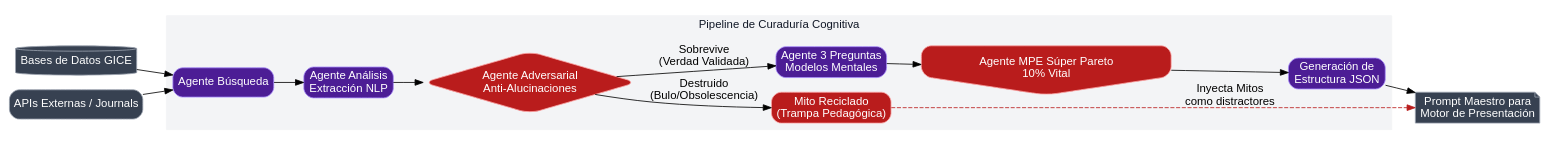
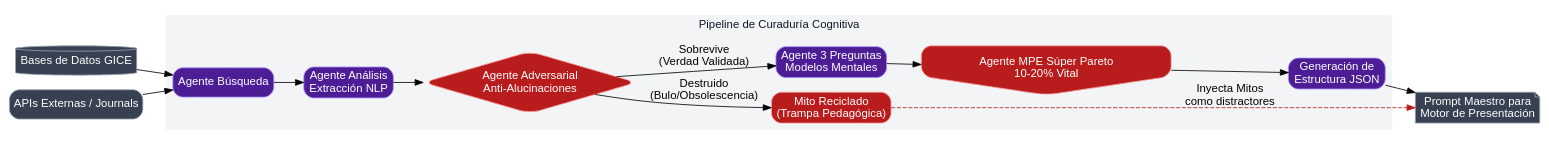
Before and after one commit to Adarocham/Cerebro-MPE-SSoT: the third of 4 diagrams in Vistas_Arquitectura_Desarrollo_MPE.md, drawn with Graphviz. The commit also changed 5 other files, not shown here.

Commit message:
Ajuste en proporciones del Súper Pareto (10-20% y 80-90%) en toda la arquitectura

````diff
--- a/Vistas_Arquitectura_Desarrollo_MPE.md
+++ b/Vistas_Arquitectura_Desarrollo_MPE.md
@@ -142,42 +142,42 @@
 ```dot
 digraph AIPipeline {
     fontname="Helvetica,Arial,sans-serif";
     node [fontname="Helvetica,Arial,sans-serif"];
     edge [fontname="Helvetica,Arial,sans-serif"];
     rankdir=LR;
 
     node [shape=box, style="filled,rounded", fontcolor="white"];
     
     DB [label="Bases de Datos GICE", shape=cylinder, fillcolor="#374151", color="#9CA3AF"];
     Ext [label="APIs Externas / Journals", fillcolor="#374151", color="#9CA3AF"];
 
     subgraph cluster_Pipeline {
         label="Pipeline de Curaduría Cognitiva";
         style=filled; color="#F3F4F6"; fontcolor="#111827";
         
         node [fillcolor="#4C1D95", color="#A78BFA"];
         B1 [label="Agente Búsqueda"];
         B2 [label="Agente Análisis\nExtracción NLP"];
         B4 [label="Agente 3 Preguntas\nModelos Mentales"];
         B6 [label="Generación de\nEstructura JSON"];
         
         node [fillcolor="#B91C1C", color="#FCA5A5"];
         B3 [label="Agente Adversarial\nAnti-Alucinaciones", shape=diamond];
-        B5 [label="Agente MPE Súper Pareto\n10% Vital", shape=invhouse];
+        B5 [label="Agente MPE Súper Pareto\n10-20% Vital", shape=invhouse];
         
         Mito [label="Mito Reciclado\n(Trampa Pedagógica)", shape=box, fillcolor="#B91C1C", color="#FCA5A5", fontcolor="white"];
         
         B1 -> B2 -> B3;
         B3 -> Mito [label="Destruido\n(Bulo/Obsolescencia)"];
         B3 -> B4 [label="Sobrevive\n(Verdad Validada)"];
         B4 -> B5 -> B6;
     }
 
     Prompt_Final [label="Prompt Maestro para\nMotor de Presentación", shape=note, fillcolor="#374151", color="#9CA3AF"];
 
     DB -> B1;
     Ext -> B1;
     B6 -> Prompt_Final;
     Mito -> Prompt_Final [label="Inyecta Mitos\ncomo distractores", style=dashed, color="#B91C1C"];
 }
 ```
````
